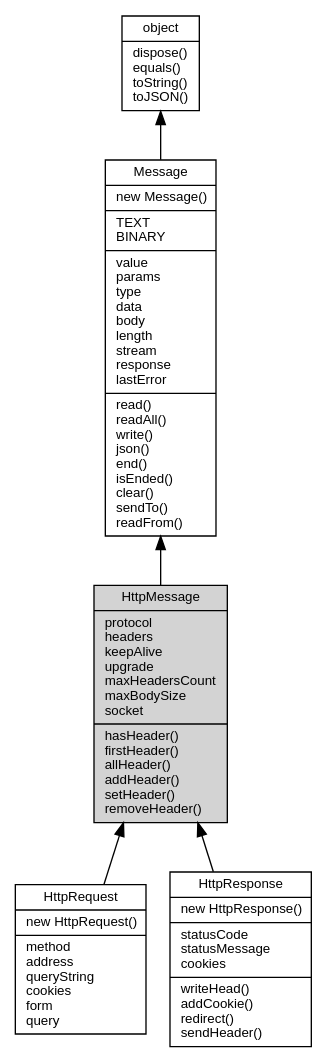
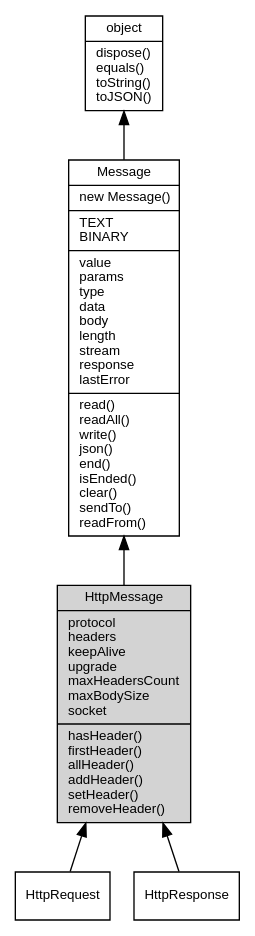
One commit to fibjs/fibjs.org changed the diagram in docs/manual/object/ifs/HttpMessage.md. Above: the diagram before and after it, drawn with Graphviz. The commit also changed 289 other files, not shown here.

````diff
--- a/docs/manual/object/ifs/HttpMessage.md
+++ b/docs/manual/object/ifs/HttpMessage.md
@@ -5,16 +5,16 @@
 ```dot
 digraph {
     node [fontname="Helvetica,sans-Serif", fontsize=10, shape="record", style="filled", fillcolor="white"];
 
     object [tooltip="object", URL="object.md", label="{object|dispose()\lequals()\ltoString()\ltoJSON()\l}"];
     Message [tooltip="Message", URL="Message.md", label="{Message|new Message()\l|TEXT\lBINARY\l|value\lparams\ltype\ldata\lbody\llength\lstream\lresponse\llastError\l|read()\lreadAll()\lwrite()\ljson()\lend()\lisEnded()\lclear()\lsendTo()\lreadFrom()\l}"];
-    HttpMessage [tooltip="HttpMessage", fillcolor="lightgray", label="{HttpMessage|protocol\lheaders\lkeepAlive\lupgrade\lmaxHeadersCount\lmaxBodySize\lsocket\l|hasHeader()\lfirstHeader()\lallHeader()\laddHeader()\lsetHeader()\lremoveHeader()\l}"];
-    HttpRequest [tooltip="HttpRequest", URL="HttpRequest.md", label="{HttpRequest|new HttpRequest()\l|method\laddress\lqueryString\lcookies\lform\lquery\l}"];
-    HttpResponse [tooltip="HttpResponse", URL="HttpResponse.md", label="{HttpResponse|new HttpResponse()\l|statusCode\lstatusMessage\lcookies\l|writeHead()\laddCookie()\lredirect()\lsendHeader()\l}"];
+    HttpMessage [tooltip="HttpMessage", fillcolor="lightgray", id="me", label="{HttpMessage|protocol\lheaders\lkeepAlive\lupgrade\lmaxHeadersCount\lmaxBodySize\lsocket\l|hasHeader()\lfirstHeader()\lallHeader()\laddHeader()\lsetHeader()\lremoveHeader()\l}"];
+    HttpRequest [tooltip="HttpRequest", URL="HttpRequest.md", label="{HttpRequest}"];
+    HttpResponse [tooltip="HttpResponse", URL="HttpResponse.md", label="{HttpResponse}"];
 
     object -> Message [dir=back];
     Message -> HttpMessage [dir=back];
     HttpMessage -> HttpRequest [dir=back];
     HttpMessage -> HttpResponse [dir=back];
 }
 ```
````
